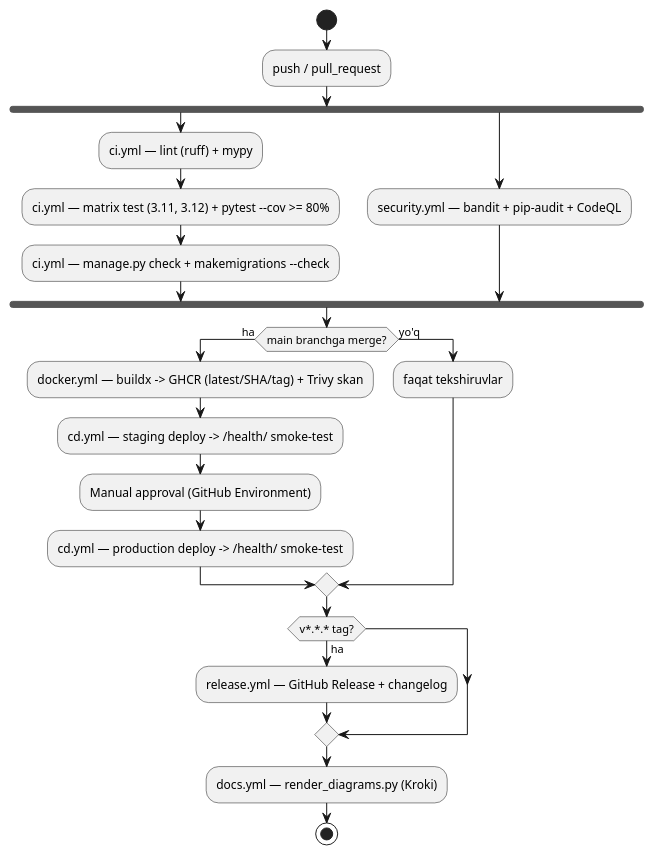
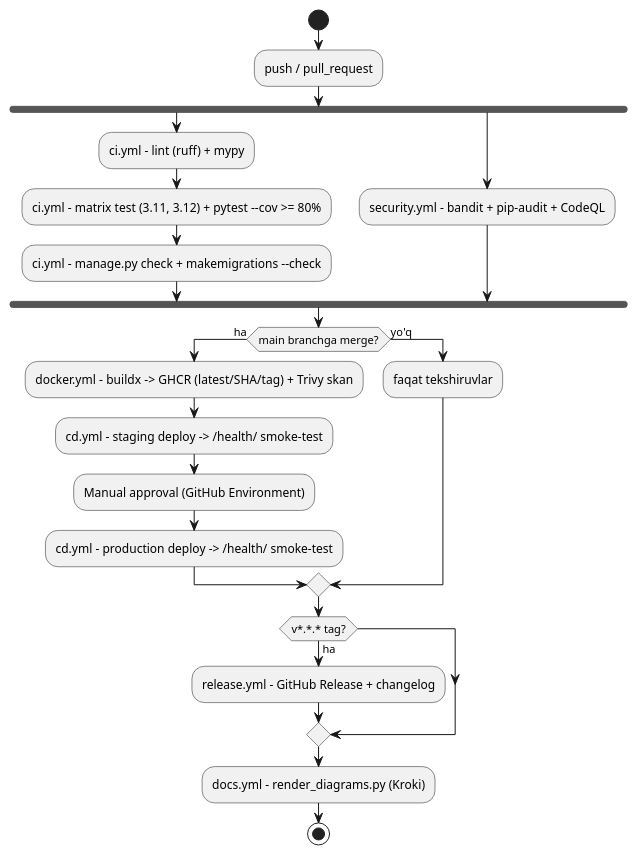
Before and after one commit to dasturland/devOPS: the diagram in docs/diagrams/cicd-pipeline.puml, drawn with PlantUML. The commit also changed 26 other files, not shown here.

Commit message:
style: normalize em dashes to hyphens in docs, templates and diagrams

```diff
--- a/docs/diagrams/cicd-pipeline.puml
+++ b/docs/diagrams/cicd-pipeline.puml
@@ -1,25 +1,25 @@
 @startuml cicd-pipeline
-' CI/CD pipeline — GitHub Actions flow (NFR-07).
+' CI/CD pipeline - GitHub Actions flow (NFR-07).
 start
 :push / pull_request;
 fork
-  :ci.yml — lint (ruff) + mypy;
-  :ci.yml — matrix test (3.11, 3.12) + pytest --cov >= 80%;
-  :ci.yml — manage.py check + makemigrations --check;
+  :ci.yml - lint (ruff) + mypy;
+  :ci.yml - matrix test (3.11, 3.12) + pytest --cov >= 80%;
+  :ci.yml - manage.py check + makemigrations --check;
 fork again
-  :security.yml — bandit + pip-audit + CodeQL;
+  :security.yml - bandit + pip-audit + CodeQL;
 end fork
 if (main branchga merge?) then (ha)
-  :docker.yml — buildx -> GHCR (latest/SHA/tag) + Trivy skan;
-  :cd.yml — staging deploy -> /health/ smoke-test;
+  :docker.yml - buildx -> GHCR (latest/SHA/tag) + Trivy skan;
+  :cd.yml - staging deploy -> /health/ smoke-test;
   :Manual approval (GitHub Environment);
-  :cd.yml — production deploy -> /health/ smoke-test;
+  :cd.yml - production deploy -> /health/ smoke-test;
 else (yo'q)
   :faqat tekshiruvlar;
 endif
 if (v*.*.* tag?) then (ha)
-  :release.yml — GitHub Release + changelog;
+  :release.yml - GitHub Release + changelog;
 endif
-:docs.yml — render_diagrams.py (Kroki);
+:docs.yml - render_diagrams.py (Kroki);
 stop
 @enduml
```
